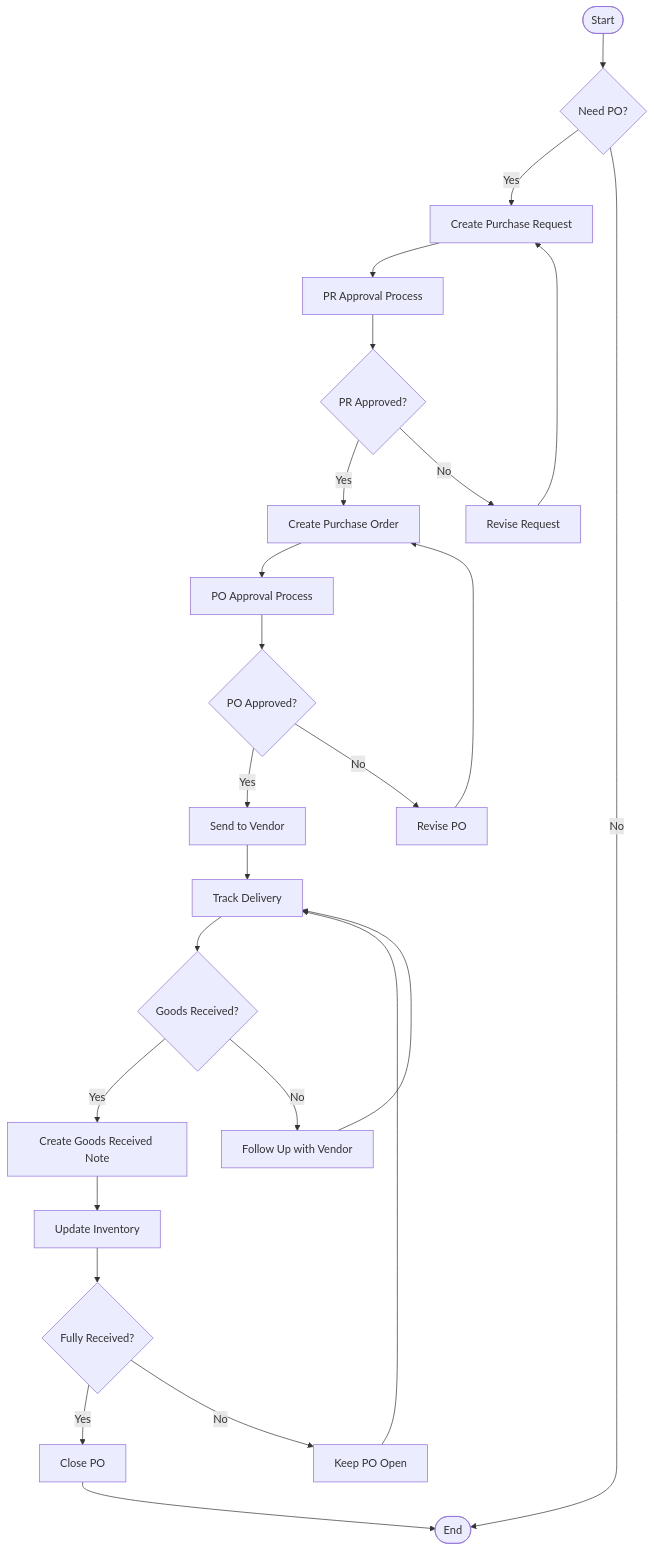
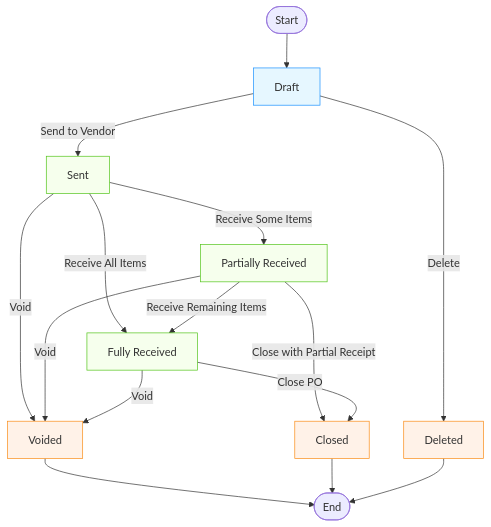
Before and after one commit to CarmenSoftware-organization/carmen: the fifth of 7 diagrams in docs/po/purchase-order-user-flow.md, drawn with Mermaid. The commit also changed other lines of this file and 188 other files, not shown here.

````diff
--- a/docs/po/purchase-order-user-flow.md
+++ b/docs/po/purchase-order-user-flow.md
@@ -155,40 +123,30 @@
 ```mermaid
 flowchart TD
-    Start([Start]) --> NeedPO{Need PO?}
+    Start([Start]) --> Draft[Draft]
     
-    NeedPO -->|Yes| CreatePR[Create Purchase Request]
-    NeedPO -->|No| End([End])
+    Draft -->|Send to Vendor| Sent[Sent]
+    Draft -->|Delete| Deleted[Deleted]
     
-    CreatePR --> PRApproval[PR Approval Process]
-    PRApproval --> PRApproved{PR Approved?}
+    Sent -->|Receive Some Items| Partial[Partially Received]
+    Sent -->|Receive All Items| FullyReceived[Fully Received]
+    Sent -->|Void| Voided[Voided]
     
-    PRApproved -->|Yes| CreatePO[Create Purchase Order]
-    PRApproved -->|No| ReviseRequest[Revise Request]
+    Partial -->|Receive Remaining Items| FullyReceived
+    Partial -->|Close with Partial Receipt| Closed[Closed]
+    Partial -->|Void| Voided
     
-    ReviseRequest --> CreatePR
+    FullyReceived -->|Close PO| Closed
+    FullyReceived -->|Void| Voided
     
-    CreatePO --> POApproval[PO Approval Process]
-    POApproval --> POApproved{PO Approved?}
+    Voided --> End([End])
+    Closed --> End([End])
+    Deleted --> End([End])
+
+    classDef draftActions fill:#e6f7ff,stroke:#1890ff;
+    classDef activeActions fill:#f6ffed,stroke:#52c41a;
+    classDef terminalActions fill:#fff2e8,stroke:#fa8c16;
     
-    POApproved -->|Yes| SendToVendor[Send to Vendor]
-    POApproved -->|No| RevisePO[Revise PO]
-    
-    RevisePO --> CreatePO
-    
-    SendToVendor --> TrackDelivery[Track Delivery]
-    TrackDelivery --> GoodsReceived{Goods Received?}
-    
-    GoodsReceived -->|Yes| CreateGRN[Create Goods Received Note]
-    GoodsReceived -->|No| FollowUp[Follow Up with Vendor]
-    
-    FollowUp --> TrackDelivery
-    
-    CreateGRN --> UpdateInventory[Update Inventory]
-    UpdateInventory --> FullyReceived{Fully Received?}
-    
-    FullyReceived -->|Yes| ClosePO[Close PO]
-    FullyReceived -->|No| KeepOpen[Keep PO Open]
-    
-    ClosePO --> End
-    KeepOpen --> TrackDelivery
+    class Draft draftActions;
+    class Sent,Partial,FullyReceived activeActions;
+    class Closed,Voided,Deleted terminalActions;
 ```
````
